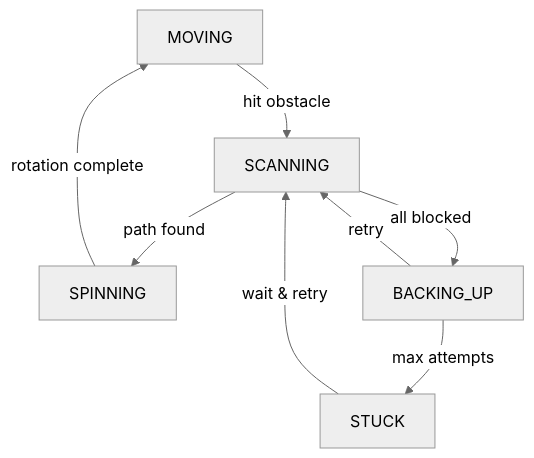
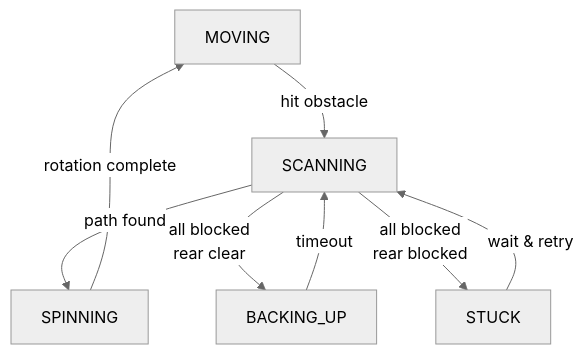
Before and after one commit to ken47-1/Project-MecanumCar: the second of 3 diagrams in Project-MecanumCar_ARCHITECTURE.md, drawn with Mermaid (neutral theme). The commit also changed other lines of this file and 2 other files, not shown here.

````diff
--- a/Project-MecanumCar_ARCHITECTURE.md
+++ b/Project-MecanumCar_ARCHITECTURE.md
@@ -214,10 +215,10 @@
 ```mermaid
 flowchart TD
     A[MOVING] -->|hit obstacle| B[SCANNING]
     B -->|path found| C[SPINNING]
     C -->|rotation complete| A
-    B -->|all blocked| D[BACKING_UP]
-    D -->|max attempts| E[STUCK]
-    D -->|retry| B
+    B -->|all blocked<br>rear clear| D[BACKING_UP]
+    B -->|all blocked<br>rear blocked| E[STUCK]
+    D -->|timeout| B
     E -->|wait & retry| B
 ```
````
